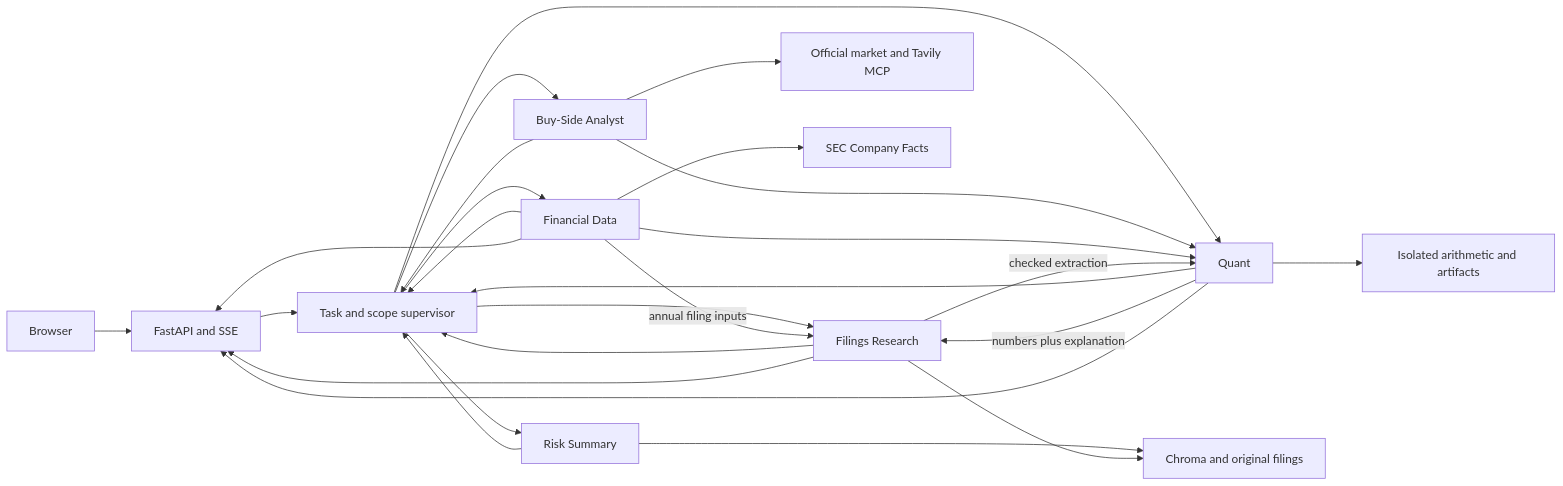
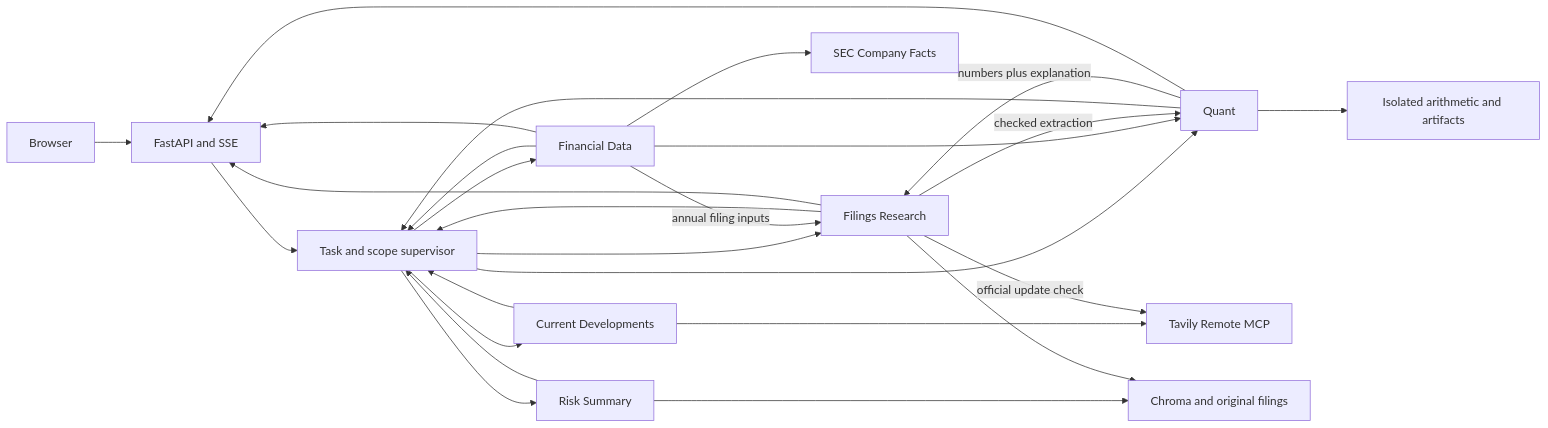
One commit to waderylan/quant-agent-orchestration changed the diagram in docs/architecture.md. Above: the diagram before and after it, drawn with Mermaid. The commit also changed other lines of this file and 96 other files, not shown here.

First line of the commit message:
Implement M10 Current Developments with shared Tavily MCP

````diff
--- a/docs/architecture.md
+++ b/docs/architecture.md
@@ -5,28 +5,28 @@
 ```mermaid
 flowchart LR
   UI[Browser] --> API[FastAPI and SSE]
   API --> S[Task and scope supervisor]
   S --> R[Filings Research]
   S --> D[Financial Data]
   S --> RS[Risk Summary]
-  S --> B[Buy-Side Analyst]
+  S --> L[Current Developments]
   S --> Q[Quant]
   R --> S
   D --> S
   Q --> S
   RS --> S
-  B --> S
-  B --> MCP[Official market and Tavily MCP]
-  B --> Q
+  L --> S
+  L --> MCP[Tavily Remote MCP]
+  R -->|official update check| MCP
   RS --> V
   D --> Q[Quant]
   D -->|annual filing inputs| R
   R -->|checked extraction| Q
   Q -->|numbers plus explanation| R
   R --> V[Chroma and original filings]
   D --> F[SEC Company Facts]
   Q --> A[Isolated arithmetic and artifacts]
   R --> API
   D --> API
   Q --> API
 ```
````
